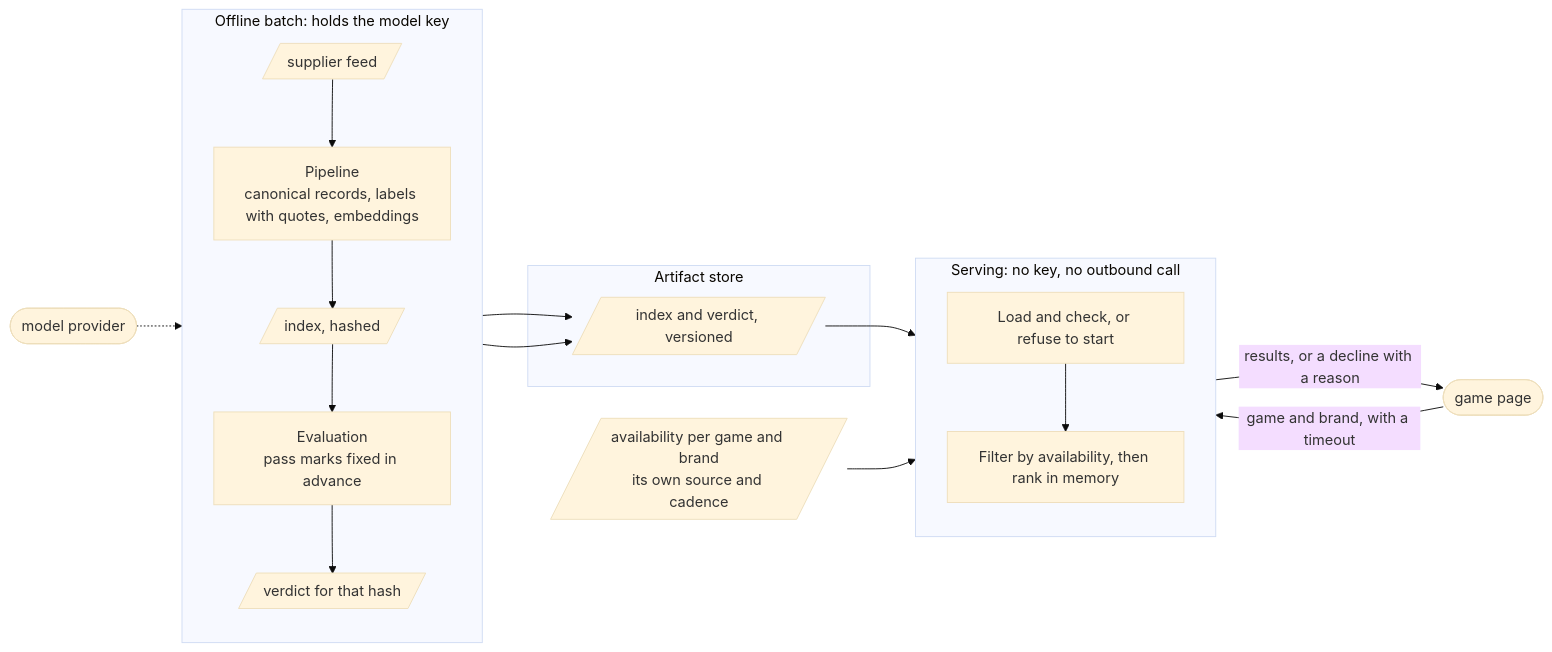
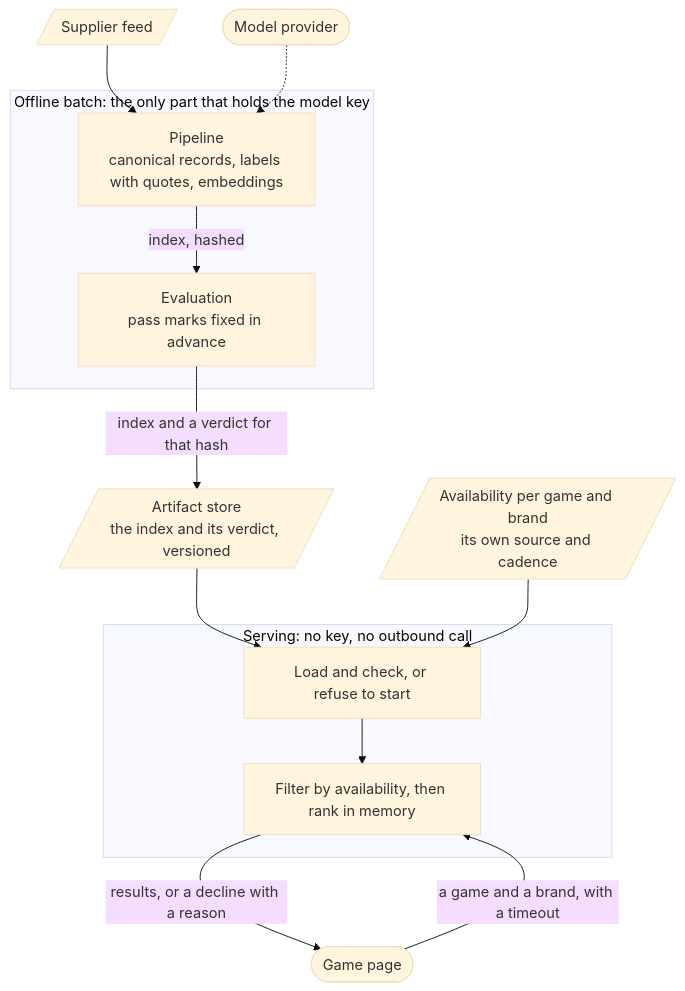
The diagram in docs/adr/0001-offline-enrichment-in-memory-serving.md (AndriiPasternak31/because-you-played), drawn with Mermaid (base theme) before and after one commit. The commit also changed other lines of this file and 1 other file, not shown here.

Commit message:
docs: make the decision record's diagram vertical and place the rules under preparation
Claude-Session: https://claude.ai/code/session_01XQowzYsc7Td6vaovV8cRtT

````diff
--- a/docs/adr/0001-offline-enrichment-in-memory-serving.md
+++ b/docs/adr/0001-offline-enrichment-in-memory-serving.md
@@ -23,25 +23,25 @@
 ```mermaid
-flowchart LR
-  subgraph OFF["Offline batch: holds the model key"]
-    direction TB
-    FEED[/"supplier feed"/] --> PIPE["Pipeline<br/>canonical records, labels with quotes, embeddings"]
-    PIPE --> IDX[/"index, hashed"/]
-    IDX --> EVAL["Evaluation<br/>pass marks fixed in advance"]
-    EVAL --> VER[/"verdict for that hash"/]
+flowchart TB
+  FEED[/"Supplier feed"/]
+  LLM(["Model provider"])
+  subgraph OFF["Offline batch: the only part that holds the model key"]
+    PIPE["Pipeline<br/>canonical records, labels with quotes, embeddings"]
+    EVAL["Evaluation<br/>pass marks fixed in advance"]
   end
-  LLM(["model provider"]) -.-> PIPE
-  subgraph STORE["Artifact store"]
-    ART[/"index and verdict, versioned"/]
+  ART[/"Artifact store<br/>the index and its verdict, versioned"/]
+  AVAIL[/"Availability per game and brand<br/>its own source and cadence"/]
+  subgraph ON["Serving: no key, no outbound call"]
+    LOAD["Load and check, or refuse to start"]
+    REC["Filter by availability, then rank in memory"]
   end
-  IDX --> ART
-  VER --> ART
-  AVAIL[/"availability per game and brand<br/>its own source and cadence"/]
-  subgraph ON["Serving: no key, no outbound call"]
-    direction TB
-    LOAD["Load and check, or refuse to start"] --> REC["Filter by availability, then rank in memory"]
-  end
+  PAGE(["Game page"])
+  FEED --> PIPE
+  LLM -.-> PIPE
+  PIPE -->|"index, hashed"| EVAL
+  EVAL -->|"index and a verdict for that hash"| ART
   ART --> LOAD
   AVAIL --> LOAD
-  PAGE(["game page"]) -->|"game and brand, with a timeout"| REC
+  LOAD --> REC
+  PAGE -->|"a game and a brand, with a timeout"| REC
   REC -->|"results, or a decline with a reason"| PAGE
 ```
````
